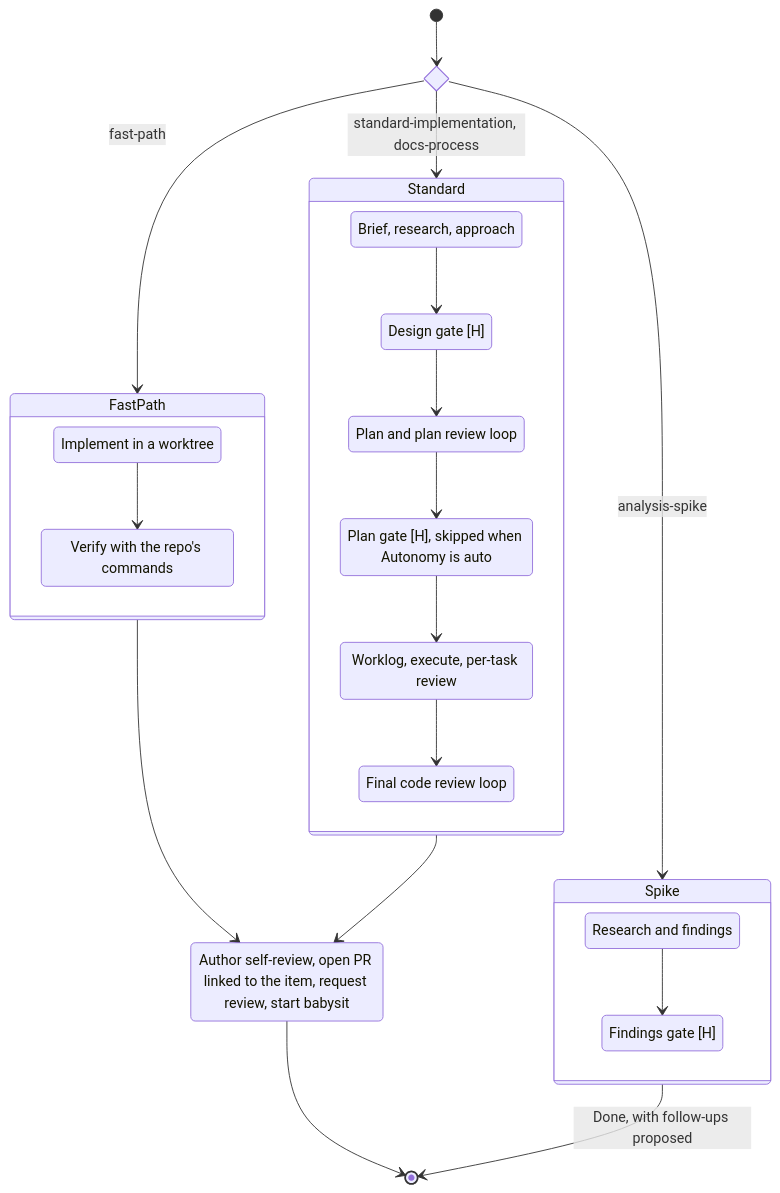
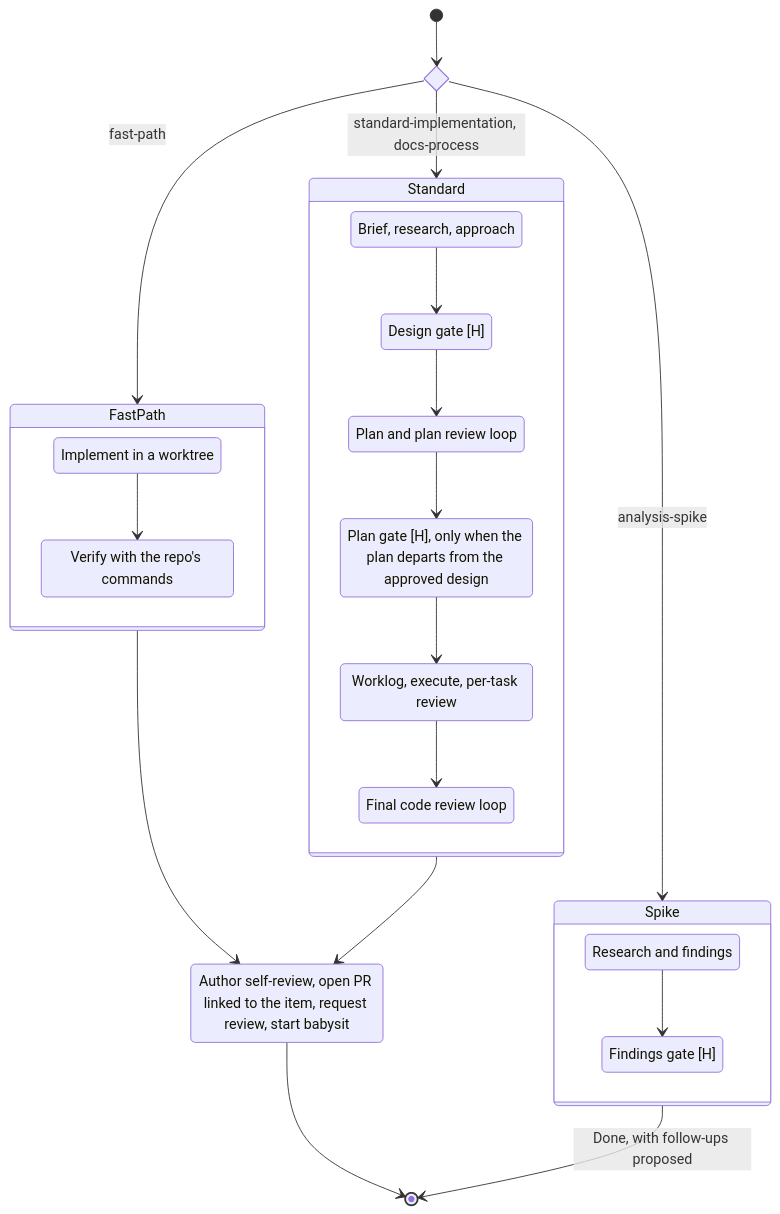
Before and after one commit to smantzavinos/engineering-agents: the second of 4 diagrams in docs/references/delivery-pipeline.md, drawn with Mermaid. The commit also changed other lines of this file and 13 other files, not shown here.

````diff
--- a/docs/references/delivery-pipeline.md
+++ b/docs/references/delivery-pipeline.md
@@ -124,36 +136,36 @@
 ```mermaid
 stateDiagram-v2
   state track <<choice>>
   [*] --> track
   track --> FastPath: fast-path
   track --> Standard: standard-implementation, docs-process
   track --> Spike: analysis-spike
   state FastPath {
     F1: Implement in a worktree
     F2: Verify with the repo's commands
     F1 --> F2
   }
   state Standard {
     D: Brief, research, approach
     GD: Design gate [H]
     P: Plan and plan review loop
-    GP: Plan gate [H], skipped when Autonomy is auto
+    GP: Plan gate [H], only when the plan departs from the approved design
     E: Worklog, execute, per-task review
     CR: Final code review loop
     D --> GD
     GD --> P
     P --> GP
     GP --> E
     E --> CR
   }
   state Spike {
     S1: Research and findings
     GS: Findings gate [H]
     S1 --> GS
   }
   FastPath --> OpenPR
   Standard --> OpenPR
   OpenPR: Author self-review, open PR linked to the item, request review, start babysit
   OpenPR --> [*]
   Spike --> [*]: Done, with follow-ups proposed
 ```
````
